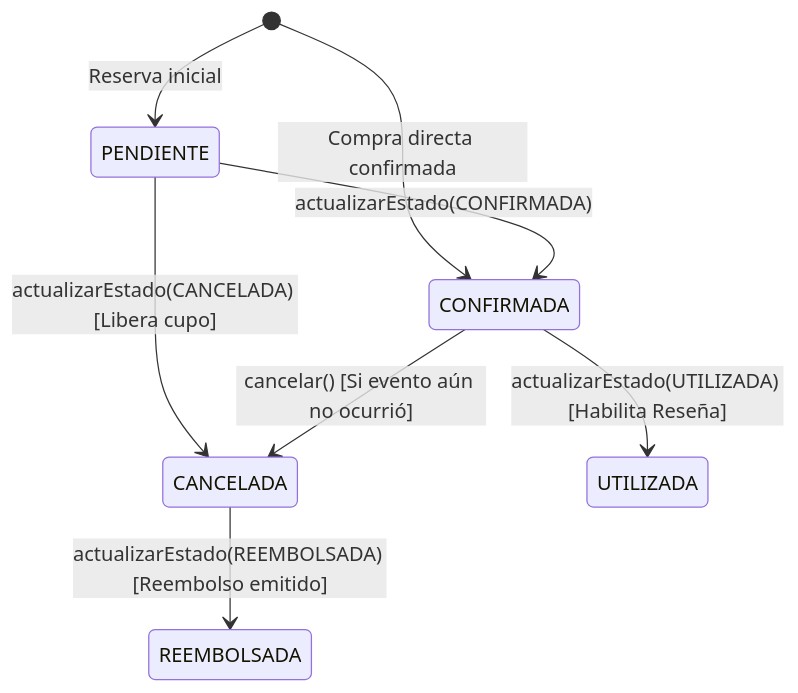
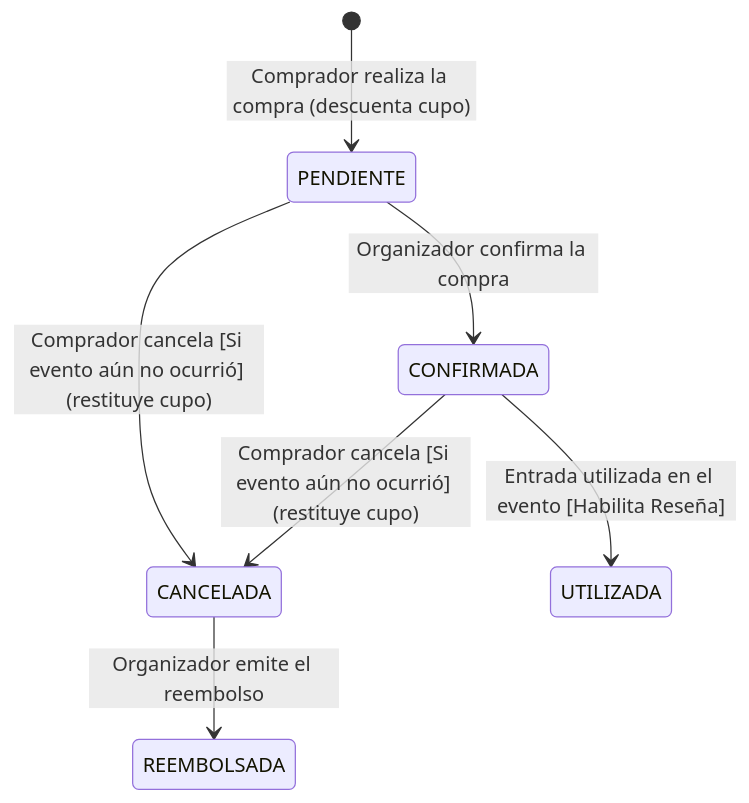
Before and after one commit to leojviegas/ai-ticket-it: the diagram in specs/domain/02-maquina-estados-compra.md, drawn with Mermaid. The commit also changed other lines of this file and 96 other files, not shown here.

````diff
--- a/specs/domain/02-maquina-estados-compra.md
+++ b/specs/domain/02-maquina-estados-compra.md
@@ -11,10 +11,9 @@
 ```mermaid
 stateDiagram-v2
-    [*] --> PENDIENTE : Reserva inicial
-    [*] --> CONFIRMADA : Compra directa confirmada
-    PENDIENTE --> CONFIRMADA : actualizarEstado(CONFIRMADA)
-    PENDIENTE --> CANCELADA : actualizarEstado(CANCELADA) [Libera cupo]
-    CONFIRMADA --> UTILIZADA : actualizarEstado(UTILIZADA) [Habilita Reseña]
-    CONFIRMADA --> CANCELADA : cancelar() [Si evento aún no ocurrió]
-    CANCELADA --> REEMBOLSADA : actualizarEstado(REEMBOLSADA) [Reembolso emitido]
+    [*] --> PENDIENTE : Comprador realiza la compra (descuenta cupo)
+    PENDIENTE --> CONFIRMADA : Organizador confirma la compra
+    PENDIENTE --> CANCELADA : Comprador cancela [Si evento aún no ocurrió] (restituye cupo)
+    CONFIRMADA --> UTILIZADA : Entrada utilizada en el evento [Habilita Reseña]
+    CONFIRMADA --> CANCELADA : Comprador cancela [Si evento aún no ocurrió] (restituye cupo)
+    CANCELADA --> REEMBOLSADA : Organizador emite el reembolso
 ```
````
